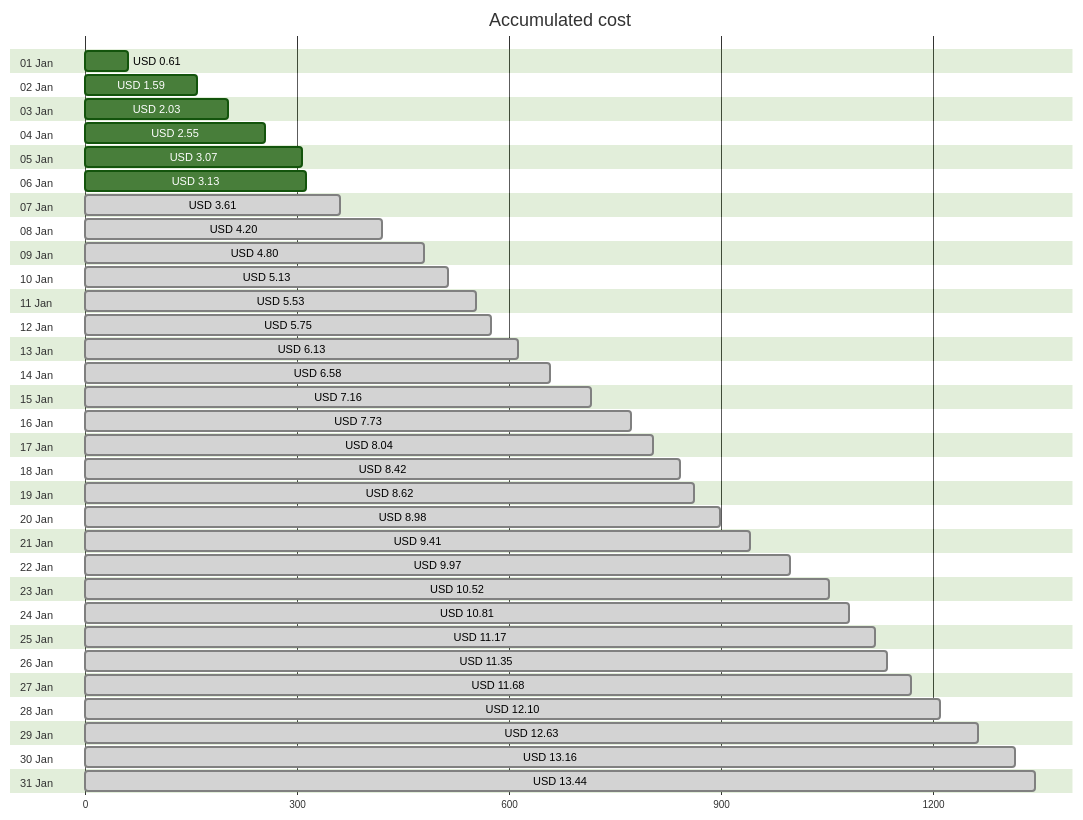
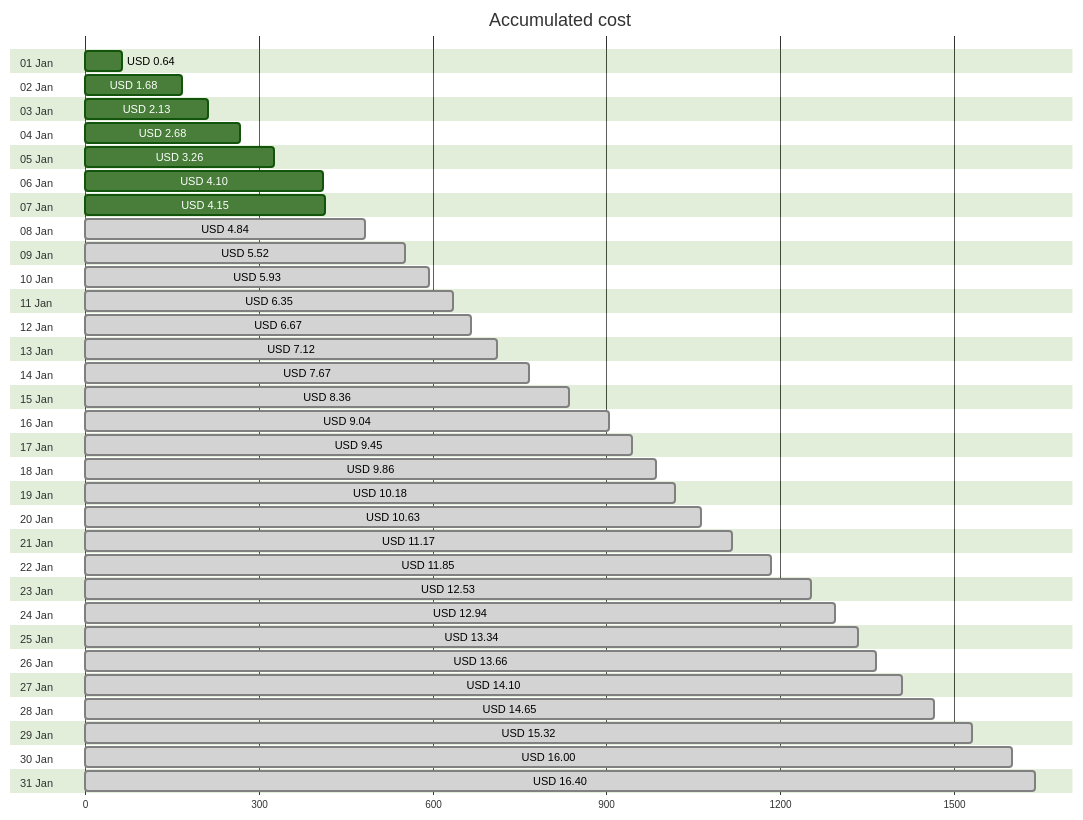
The first of 4 diagrams in cost-reports/personal-network/vpn-server.md (jpfulton/azure-personal-reports), drawn with Mermaid (forest theme) before and after one commit. The commit also changed other lines of this file and 8 other files, not shown here.

````diff
--- a/cost-reports/personal-network/vpn-server.md
+++ b/cost-reports/personal-network/vpn-server.md
@@ -20,68 +20,68 @@
 ```mermaid
 gantt
    title Accumulated cost
    dateFormat  X
    axisFormat %s
    section 01 Jan
-   USD 0.61 :0, 61
+   USD 0.64 :0, 64
    section 02 Jan
-   USD 1.59 :0, 159
+   USD 1.68 :0, 168
    section 03 Jan
-   USD 2.03 :0, 203
+   USD 2.13 :0, 213
    section 04 Jan
-   USD 2.55 :0, 255
+   USD 2.68 :0, 268
    section 05 Jan
-   USD 3.07 :0, 307
+   USD 3.26 :0, 326
    section 06 Jan
-   USD 3.13 :0, 313
+   USD 4.10 :0, 410
    section 07 Jan
-   USD 3.61 : done, 0, 361
+   USD 4.15 :0, 415
    section 08 Jan
-   USD 4.20 : done, 0, 420
+   USD 4.84 : done, 0, 484
    section 09 Jan
-   USD 4.80 : done, 0, 480
+   USD 5.52 : done, 0, 552
    section 10 Jan
-   USD 5.13 : done, 0, 513
+   USD 5.93 : done, 0, 593
    section 11 Jan
-   USD 5.53 : done, 0, 553
+   USD 6.35 : done, 0, 635
    section 12 Jan
-   USD 5.75 : done, 0, 575
+   USD 6.67 : done, 0, 667
    section 13 Jan
-   USD 6.13 : done, 0, 613
+   USD 7.12 : done, 0, 712
    section 14 Jan
-   USD 6.58 : done, 0, 658
+   USD 7.67 : done, 0, 767
    section 15 Jan
-   USD 7.16 : done, 0, 716
+   USD 8.36 : done, 0, 836
    section 16 Jan
-   USD 7.73 : done, 0, 773
+   USD 9.04 : done, 0, 904
    section 17 Jan
-   USD 8.04 : done, 0, 804
+   USD 9.45 : done, 0, 945
    section 18 Jan
-   USD 8.42 : done, 0, 842
+   USD 9.86 : done, 0, 986
    section 19 Jan
-   USD 8.62 : done, 0, 862
+   USD 10.18 : done, 0, 1018
    section 20 Jan
-   USD 8.98 : done, 0, 898
+   USD 10.63 : done, 0, 1063
    section 21 Jan
-   USD 9.41 : done, 0, 941
+   USD 11.17 : done, 0, 1117
    section 22 Jan
-   USD 9.97 : done, 0, 997
+   USD 11.85 : done, 0, 1185
    section 23 Jan
-   USD 10.52 : done, 0, 1052
+   USD 12.53 : done, 0, 1253
    section 24 Jan
-   USD 10.81 : done, 0, 1081
+   USD 12.94 : done, 0, 1294
    section 25 Jan
-   USD 11.17 : done, 0, 1117
+   USD 13.34 : done, 0, 1334
    section 26 Jan
-   USD 11.35 : done, 0, 1135
+   USD 13.66 : done, 0, 1366
    section 27 Jan
-   USD 11.68 : done, 0, 1168
+   USD 14.10 : done, 0, 1410
    section 28 Jan
-   USD 12.10 : done, 0, 1210
+   USD 14.65 : done, 0, 1465
    section 29 Jan
-   USD 12.63 : done, 0, 1263
+   USD 15.32 : done, 0, 1532
    section 30 Jan
-   USD 13.16 : done, 0, 1316
+   USD 16.00 : done, 0, 1600
    section 31 Jan
-   USD 13.44 : done, 0, 1344
+   USD 16.40 : done, 0, 1640
 ```
````
